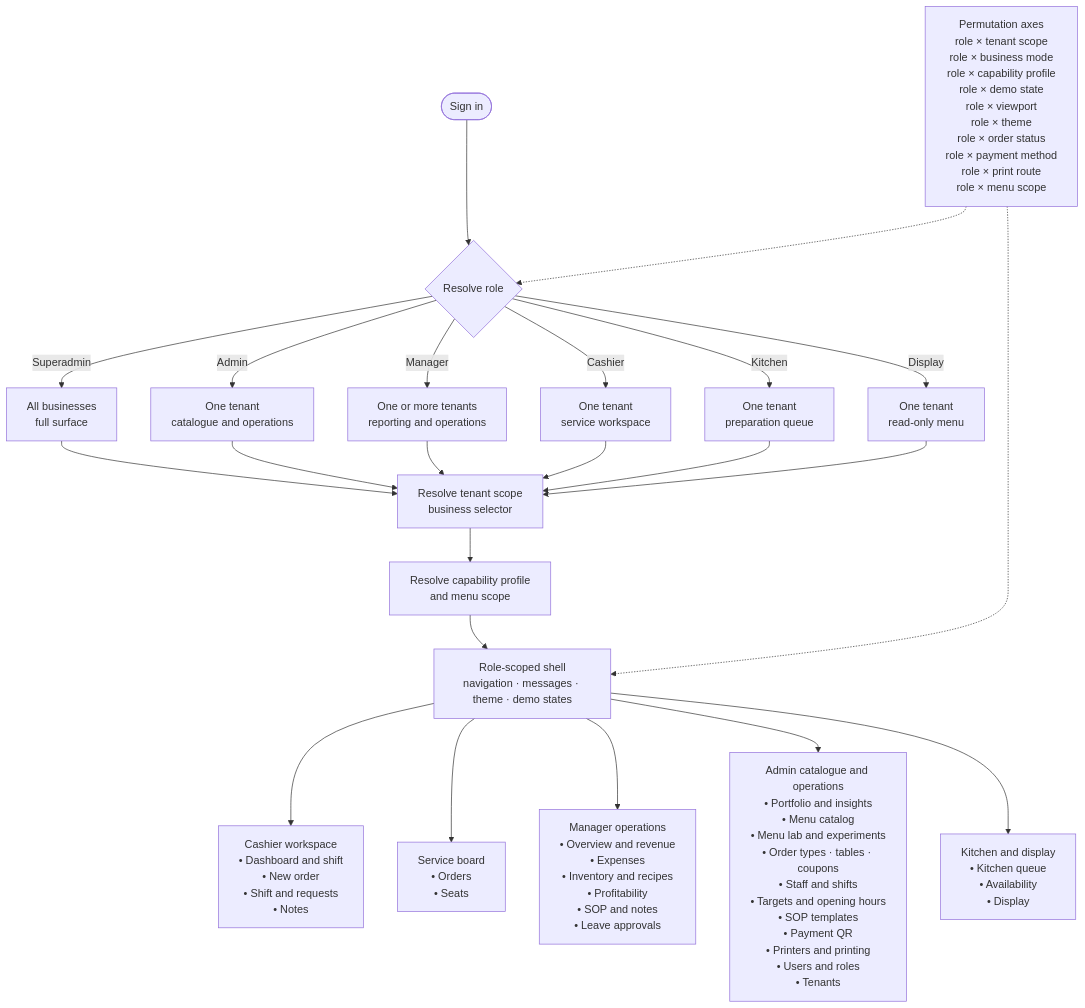
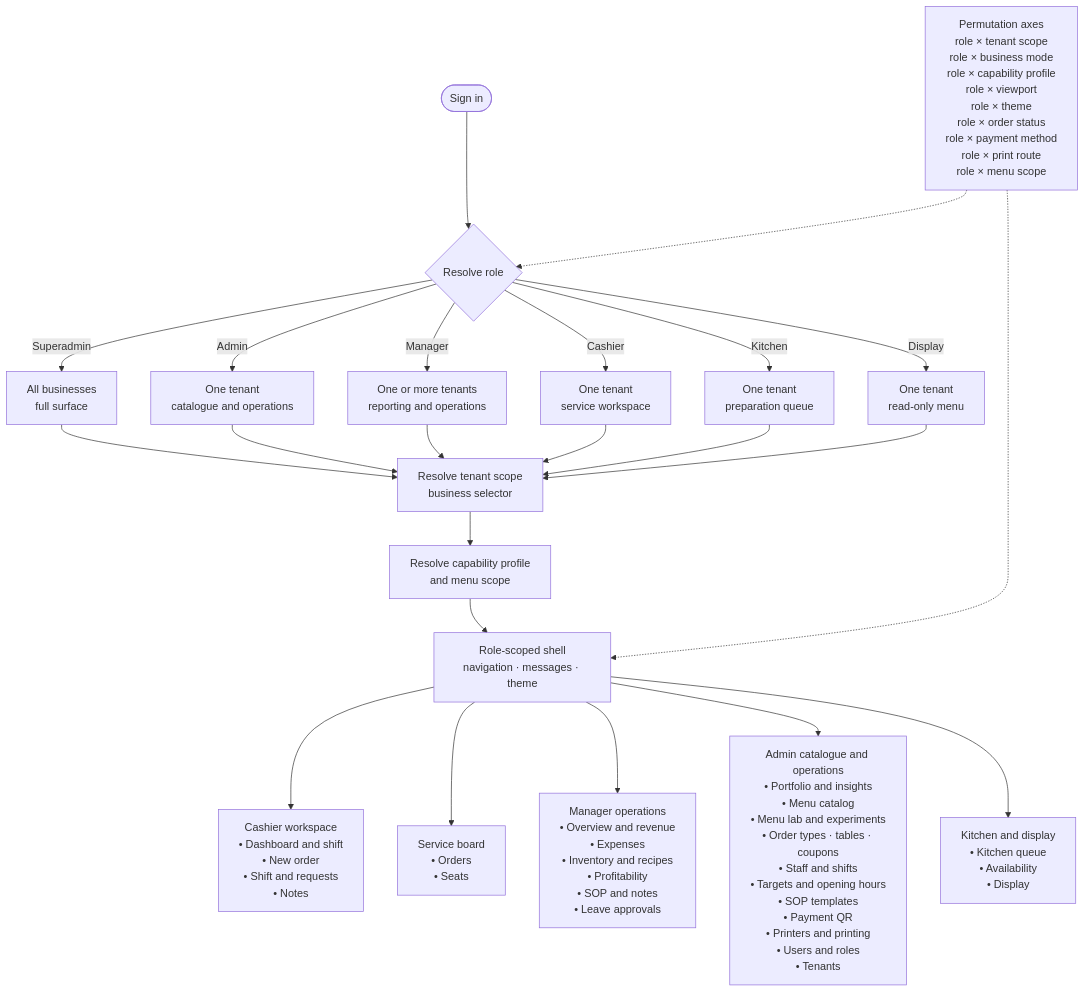
The diagram in docs/light-pos-feature-flowchart.md (AliAbdilah123/Light-POS), drawn with Mermaid before and after one commit. The commit also changed 23 other files, not shown here.

````diff
--- a/docs/light-pos-feature-flowchart.md
+++ b/docs/light-pos-feature-flowchart.md
@@ -7,30 +7,30 @@
 ```mermaid
 flowchart TB
   AUTH(["Sign in"]) --> ROLE{"Resolve role"}
   ROLE -->|Superadmin| SA["All businesses<br/>full surface"]
   ROLE -->|Admin| AD["One tenant<br/>catalogue and operations"]
   ROLE -->|Manager| MG["One or more tenants<br/>reporting and operations"]
   ROLE -->|Cashier| CA["One tenant<br/>service workspace"]
   ROLE -->|Kitchen| KI["One tenant<br/>preparation queue"]
   ROLE -->|Display| DI["One tenant<br/>read-only menu"]
 
   SA --> SCOPE["Resolve tenant scope<br/>business selector"]
   AD --> SCOPE
   MG --> SCOPE
   CA --> SCOPE
   KI --> SCOPE
   DI --> SCOPE
 
   SCOPE --> CAP["Resolve capability profile<br/>and menu scope"]
-  CAP --> SHELL["Role-scoped shell<br/>navigation · messages · theme · demo states"]
+  CAP --> SHELL["Role-scoped shell<br/>navigation · messages · theme"]
 
   SHELL --> CASHIER["Cashier workspace<br/>• Dashboard and shift<br/>• New order<br/>• Shift and requests<br/>• Notes"]
   SHELL --> SERVICE["Service board<br/>• Orders<br/>• Seats"]
   SHELL --> MANAGER["Manager operations<br/>• Overview and revenue<br/>• Expenses<br/>• Inventory and recipes<br/>• Profitability<br/>• SOP and notes<br/>• Leave approvals"]
   SHELL --> ADMIN["Admin catalogue and operations<br/>• Portfolio and insights<br/>• Menu catalog<br/>• Menu lab and experiments<br/>• Order types · tables · coupons<br/>• Staff and shifts<br/>• Targets and opening hours<br/>• SOP templates<br/>• Payment QR<br/>• Printers and printing<br/>• Users and roles<br/>• Tenants"]
   SHELL --> KITCHEN["Kitchen and display<br/>• Kitchen queue<br/>• Availability<br/>• Display"]
 
-  AXES["Permutation axes<br/>role × tenant scope<br/>role × business mode<br/>role × capability profile<br/>role × demo state<br/>role × viewport<br/>role × theme<br/>role × order status<br/>role × payment method<br/>role × print route<br/>role × menu scope"]
+  AXES["Permutation axes<br/>role × tenant scope<br/>role × business mode<br/>role × capability profile<br/>role × viewport<br/>role × theme<br/>role × order status<br/>role × payment method<br/>role × print route<br/>role × menu scope"]
   AXES -.-> ROLE
   AXES -.-> SHELL
 ```
````
